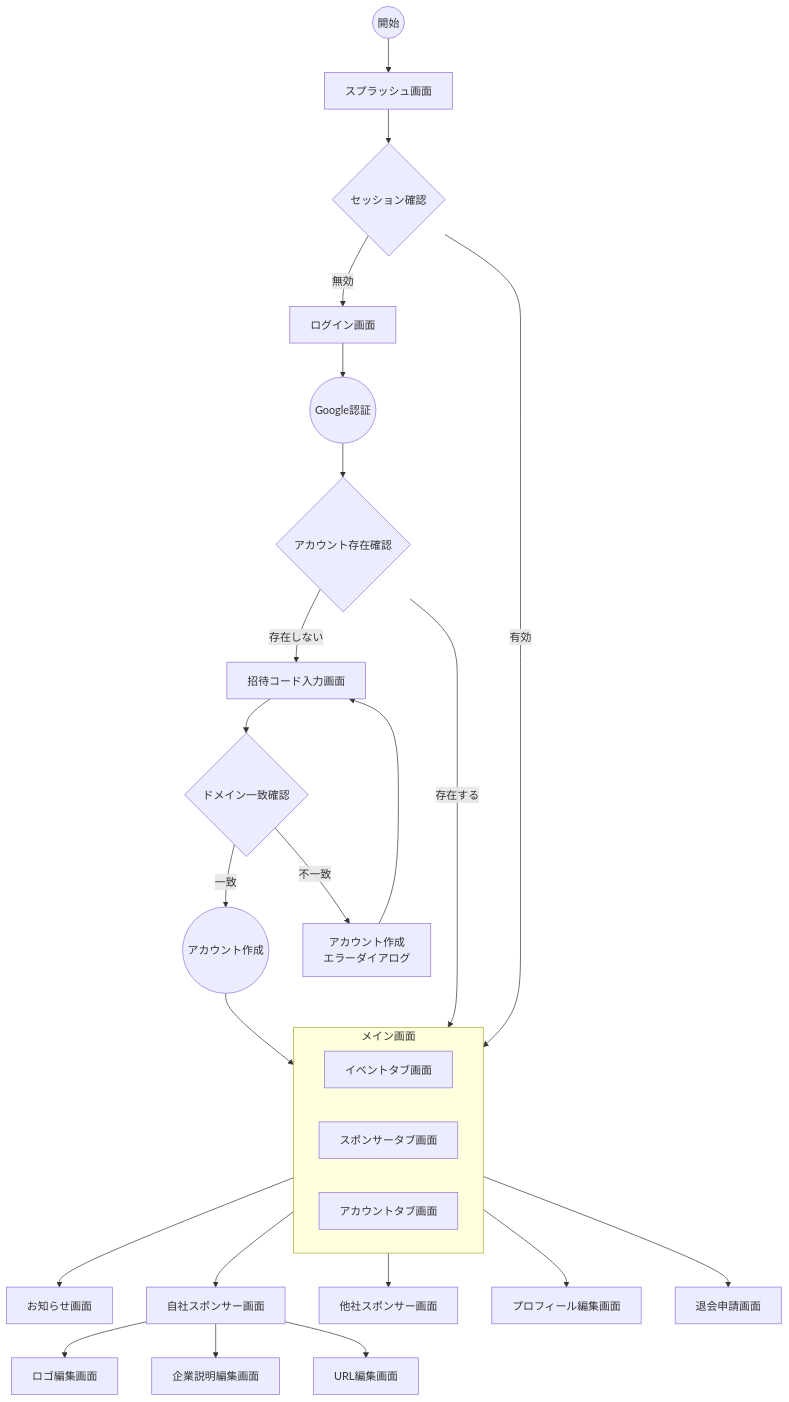
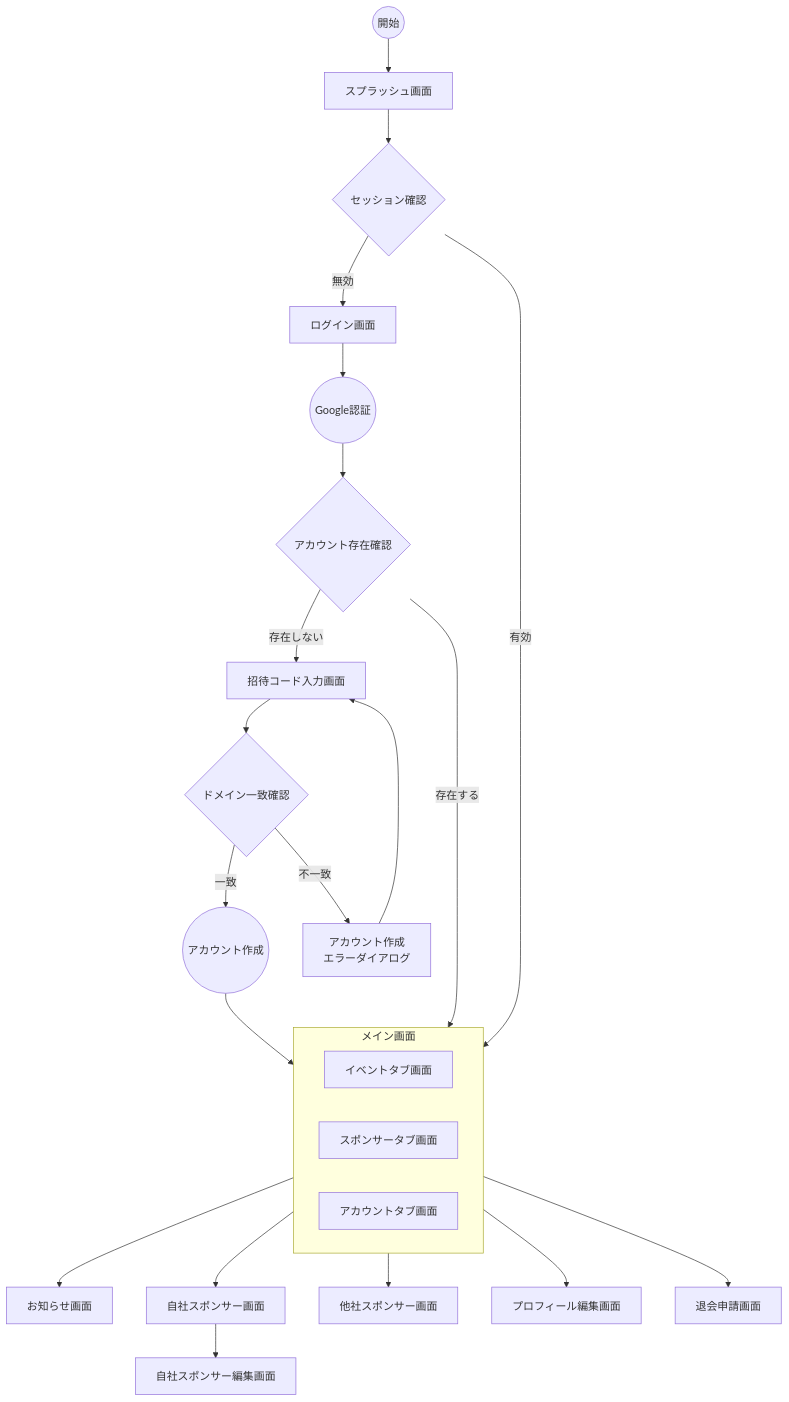
The diagram in docs/dashboard/SCREENS.md (FlutterKaigi/2025), drawn with Mermaid before and after one commit. The commit also changed other lines of this file, not shown here.

Commit message:
docs: 編集関連の画面を自社スポンサー編集画面にまとめる

````diff
--- a/docs/dashboard/SCREENS.md
+++ b/docs/dashboard/SCREENS.md
@@ -53,40 +51,38 @@
 ```mermaid
 flowchart TD
     Start((開始)) --> Splash[スプラッシュ画面]
     Splash --> SessionCheck{セッション確認}
     SessionCheck --> |有効| EventTab[イベントタブ画面]
     SessionCheck --> |無効| Login[ログイン画面]
     
     %% 認証フロー
     Login --> GoogleAuth((Google認証))
     GoogleAuth --> AccountCheck{アカウント存在確認}
     AccountCheck --> |存在する| EventTab[イベントタブ画面]
     AccountCheck --> |存在しない| InvitationCode[招待コード入力画面]
     
     %% 新規登録フロー
     InvitationCode --> DomainCheck{ドメイン一致確認}
     DomainCheck --> |一致| CreateAccount((アカウント作成))
     DomainCheck --> |不一致| RegisterError[アカウント作成<br>エラーダイアログ]
     RegisterError --> InvitationCode
     CreateAccount --> EventTab
     
     %% メイン画面のタブ構成
     subgraph Main[メイン画面]
       direction LR
       EventTab[イベントタブ画面]
       SponsorTab[スポンサータブ画面]
       Account[アカウントタブ画面]
     end
 
     EventTab --> News[お知らせ画面]
     
     SponsorTab --> OwnSponsor[自社スポンサー画面]
     SponsorTab --> OtherSponsor[他社スポンサー画面]
     
-    OwnSponsor --> LogoEdit[ロゴ編集画面]
-    OwnSponsor --> DescEdit[企業説明編集画面]
-    OwnSponsor --> URLEdit[URL編集画面]
+    OwnSponsor --> OwnSponsorEdit[自社スポンサー編集画面]
     
     Account --> Profile[プロフィール編集画面]
     Account --> Withdrawal[退会申請画面]
 ```
````
